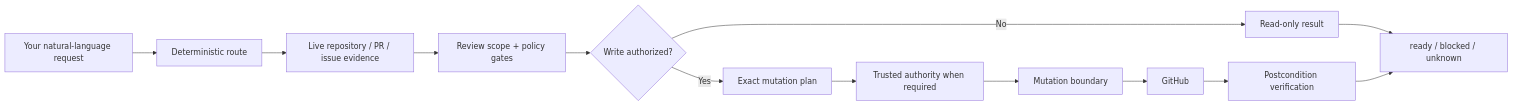
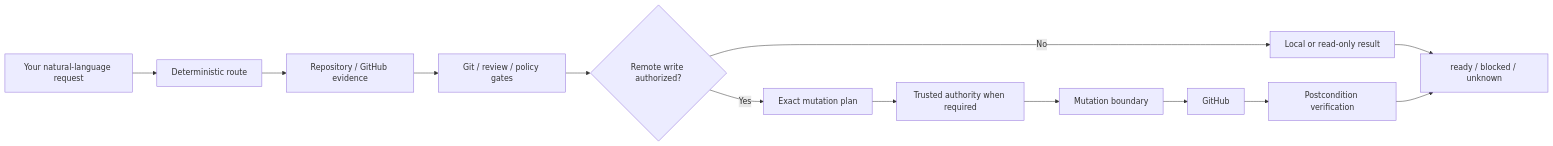
One commit to Wibias/github-delivery changed the diagram in README.md. Above: the diagram before and after it, drawn with Mermaid. The commit also changed other lines of this file, not shown here.

Commit message:
docs: document integrated git and versioning lifecycle

````diff
--- a/README.md
+++ b/README.md
@@ -110,15 +116,15 @@
 ```mermaid
 flowchart LR
     A[Your natural-language request] --> B[Deterministic route]
-    B --> C[Live repository / PR / issue evidence]
-    C --> D[Review scope + policy gates]
-    D --> E{Write authorized?}
-    E -- No --> F[Read-only result]
+    B --> C[Repository / GitHub evidence]
+    C --> D[Git / review / policy gates]
+    D --> E{Remote write authorized?}
+    E -- No --> F[Local or read-only result]
     E -- Yes --> G[Exact mutation plan]
     G --> H[Trusted authority when required]
     H --> I[Mutation boundary]
     I --> J[GitHub]
     J --> K[Postcondition verification]
     F --> L[ready / blocked / unknown]
     K --> L
 ```
````
